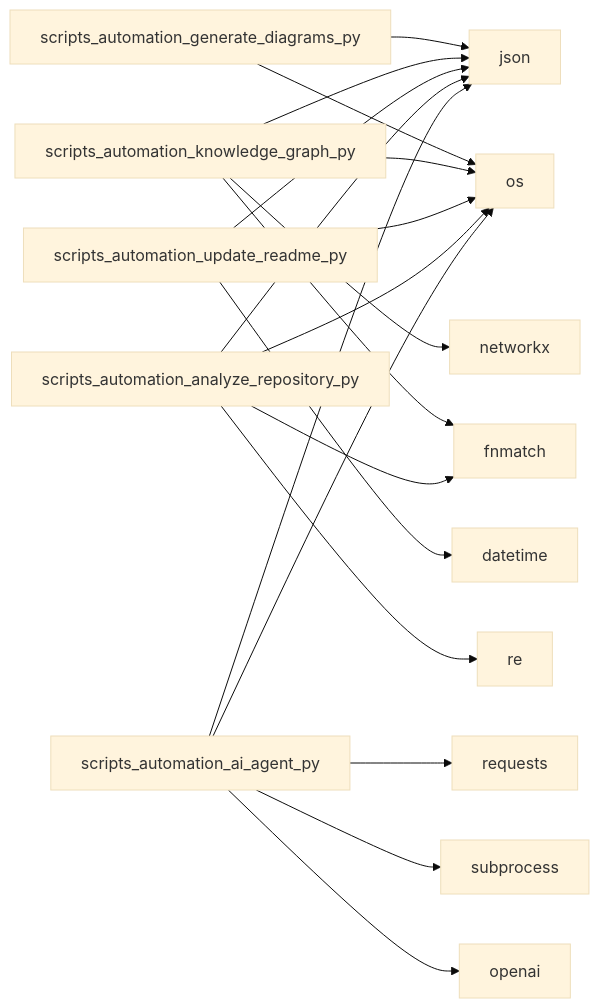
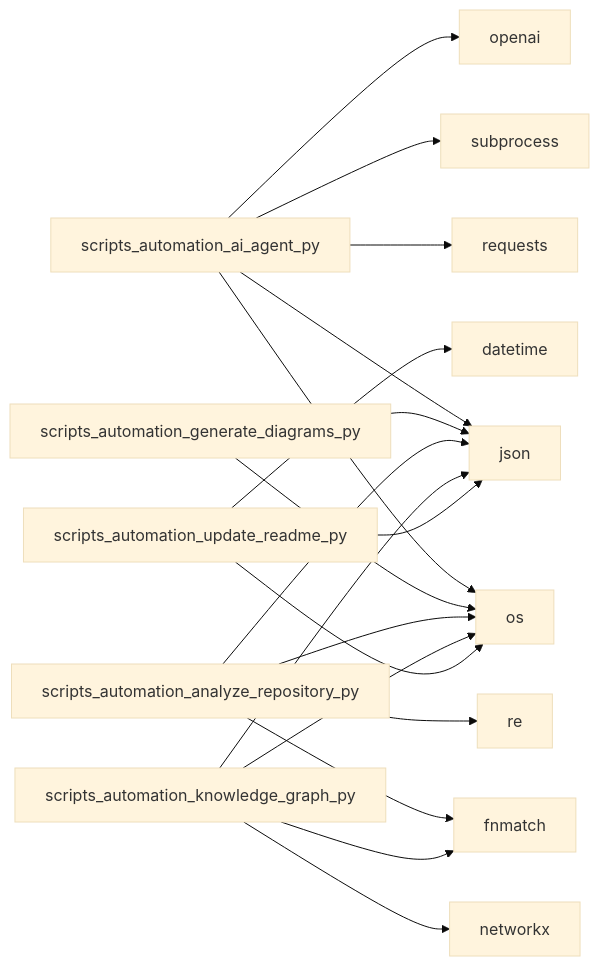
The second of 2 diagrams in README.md (NITISH-R-G/FUTURE_DS_01), drawn with Mermaid (base theme) before and after one commit. The commit also changed other lines of this file and 3 other files, not shown here.

Commit message:
docs: auto-update repository state and diagrams [skip auto]

````diff
--- a/README.md
+++ b/README.md
@@ -39,21 +39,21 @@
 ```mermaid
 graph LR;
+    scripts_automation_ai_agent_py --> os;
+    scripts_automation_ai_agent_py --> requests;
+    scripts_automation_ai_agent_py --> json;
+    scripts_automation_ai_agent_py --> subprocess;
+    scripts_automation_ai_agent_py --> openai;
     scripts_automation_generate_diagrams_py --> json;
     scripts_automation_generate_diagrams_py --> os;
+    scripts_automation_analyze_repository_py --> os;
+    scripts_automation_analyze_repository_py --> json;
+    scripts_automation_analyze_repository_py --> fnmatch;
+    scripts_automation_analyze_repository_py --> re;
     scripts_automation_knowledge_graph_py --> os;
     scripts_automation_knowledge_graph_py --> json;
     scripts_automation_knowledge_graph_py --> networkx;
     scripts_automation_knowledge_graph_py --> fnmatch;
     scripts_automation_update_readme_py --> json;
     scripts_automation_update_readme_py --> os;
     scripts_automation_update_readme_py --> datetime;
-    scripts_automation_analyze_repository_py --> os;
-    scripts_automation_analyze_repository_py --> json;
-    scripts_automation_analyze_repository_py --> fnmatch;
-    scripts_automation_analyze_repository_py --> re;
-    scripts_automation_ai_agent_py --> os;
-    scripts_automation_ai_agent_py --> requests;
-    scripts_automation_ai_agent_py --> json;
-    scripts_automation_ai_agent_py --> subprocess;
-    scripts_automation_ai_agent_py --> openai;
 ```
````
